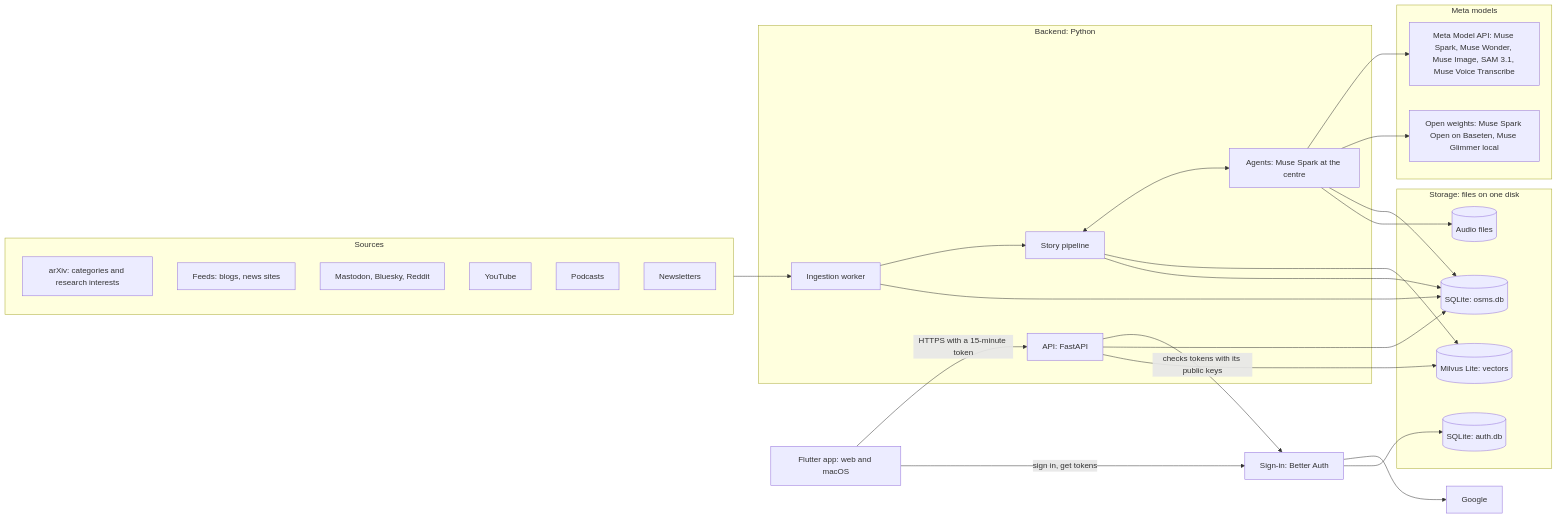
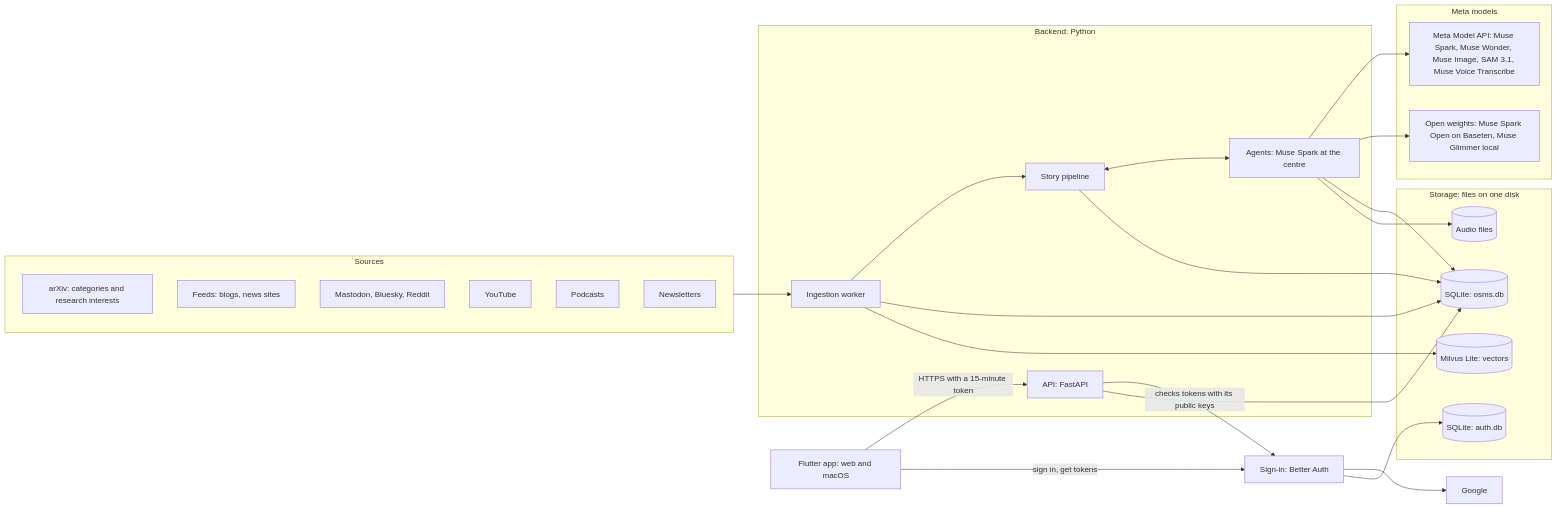
The first of 8 diagrams in docs/architecture.md (ThivaV/OSMS), drawn with Mermaid before and after one commit. The commit also changed other lines of this file and 65 other files, not shown here.

````diff
--- a/docs/architecture.md
+++ b/docs/architecture.md
@@ -8,52 +8,51 @@
 ```mermaid
 flowchart LR
     subgraph sources["Sources"]
         arxiv["arXiv: categories and research interests"]
         feeds["Feeds: blogs, news sites"]
         social["Mastodon, Bluesky, Reddit"]
         video["YouTube"]
         pods["Podcasts"]
         mail["Newsletters"]
     end
 
     subgraph backend["Backend: Python"]
         worker["Ingestion worker"]
         pipeline["Story pipeline"]
         agents["Agents: Muse Spark at the centre"]
         api["API: FastAPI"]
     end
 
     subgraph models["Meta models"]
         metaapi["Meta Model API: Muse Spark, Muse Wonder, Muse Image, SAM 3.1, Muse Voice Transcribe"]
         openweights["Open weights: Muse Spark Open on Baseten, Muse Glimmer local"]
     end
 
     subgraph stores["Storage: files on one disk"]
         sqlite[("SQLite: osms.db")]
         authdb[("SQLite: auth.db")]
         milvus[("Milvus Lite: vectors")]
         files[("Audio files")]
     end
 
     app["Flutter app: web and macOS"]
     auth["Sign-in: Better Auth"]
     google["Google"]
 
     sources --> worker
     worker --> pipeline
     pipeline <--> agents
     agents --> metaapi
     agents --> openweights
     worker --> sqlite
-    pipeline --> milvus
+    worker --> milvus
     pipeline --> sqlite
     agents --> sqlite
     agents --> files
     app -->|"HTTPS with a 15-minute token"| api
     app -->|"sign in, get tokens"| auth
     auth --> google
     auth --> authdb
     api -->|"checks tokens with its public keys"| auth
     api --> sqlite
-    api --> milvus
 ```
````
